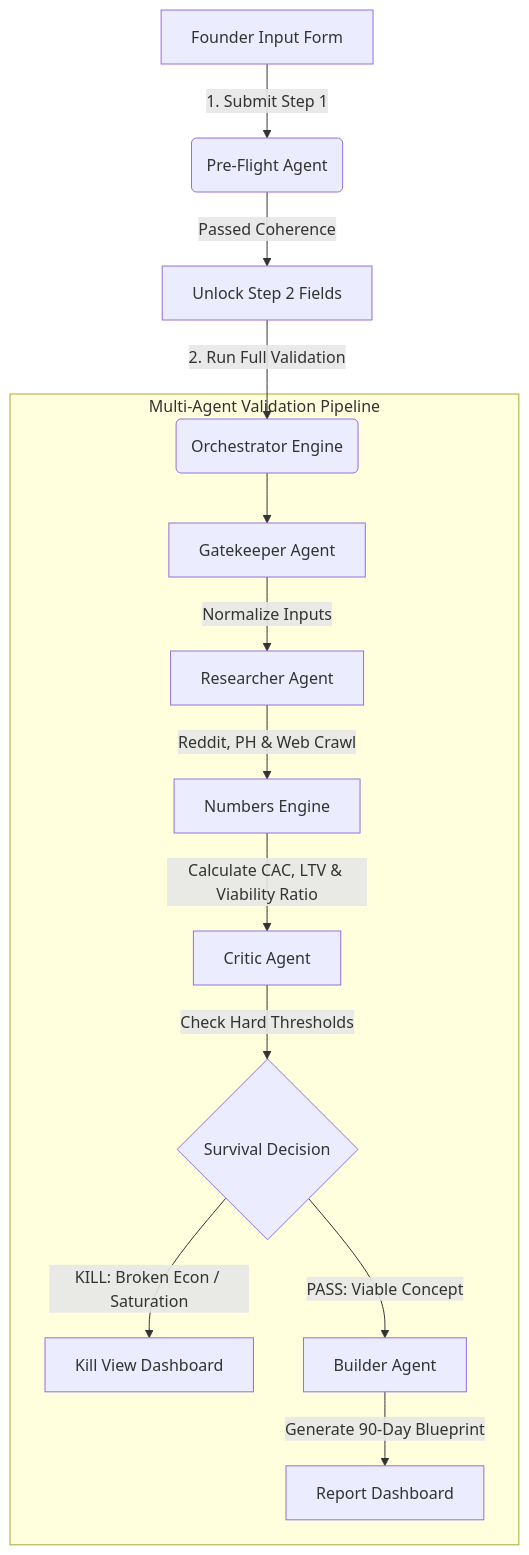
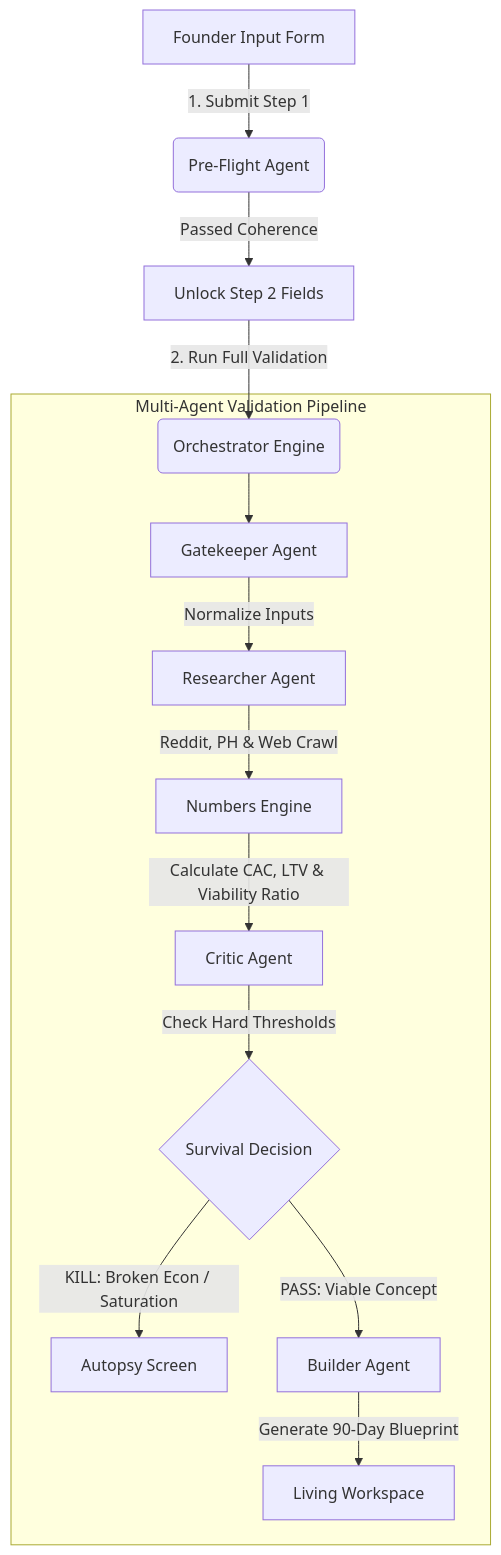
One commit to yuvraj-aura/DueDiligence.AI changed the diagram in README.md. Above: the diagram before and after it, drawn with Mermaid. The commit also changed other lines of this file and 14 other files, not shown here.

Commit message:
feat(workspace): implement living execution workspace persistence and interaction layer

````diff
--- a/README.md
+++ b/README.md
@@ -11,18 +11,18 @@
 ```mermaid
 graph TD
     A[Founder Input Form] -->|1. Submit Step 1| B(Pre-Flight Agent)
     B -->|Passed Coherence| C[Unlock Step 2 Fields]
     C -->|2. Run Full Validation| D(Orchestrator Engine)
     
     subgraph Multi-Agent Validation Pipeline
         D --> E[Gatekeeper Agent]
         E -->|Normalize Inputs| F[Researcher Agent]
         F -->|Reddit, PH & Web Crawl| G[Numbers Engine]
         G -->|Calculate CAC, LTV & Viability Ratio| H[Critic Agent]
         H -->|Check Hard Thresholds| I{Survival Decision}
         
-        I -->|KILL: Broken Econ / Saturation| J[Kill View Dashboard]
+        I -->|KILL: Broken Econ / Saturation| J[Autopsy Screen]
         I -->|PASS: Viable Concept| K[Builder Agent]
-        K -->|Generate 90-Day Blueprint| L[Report Dashboard]
+        K -->|Generate 90-Day Blueprint| L[Living Workspace]
     end
 ```
````
